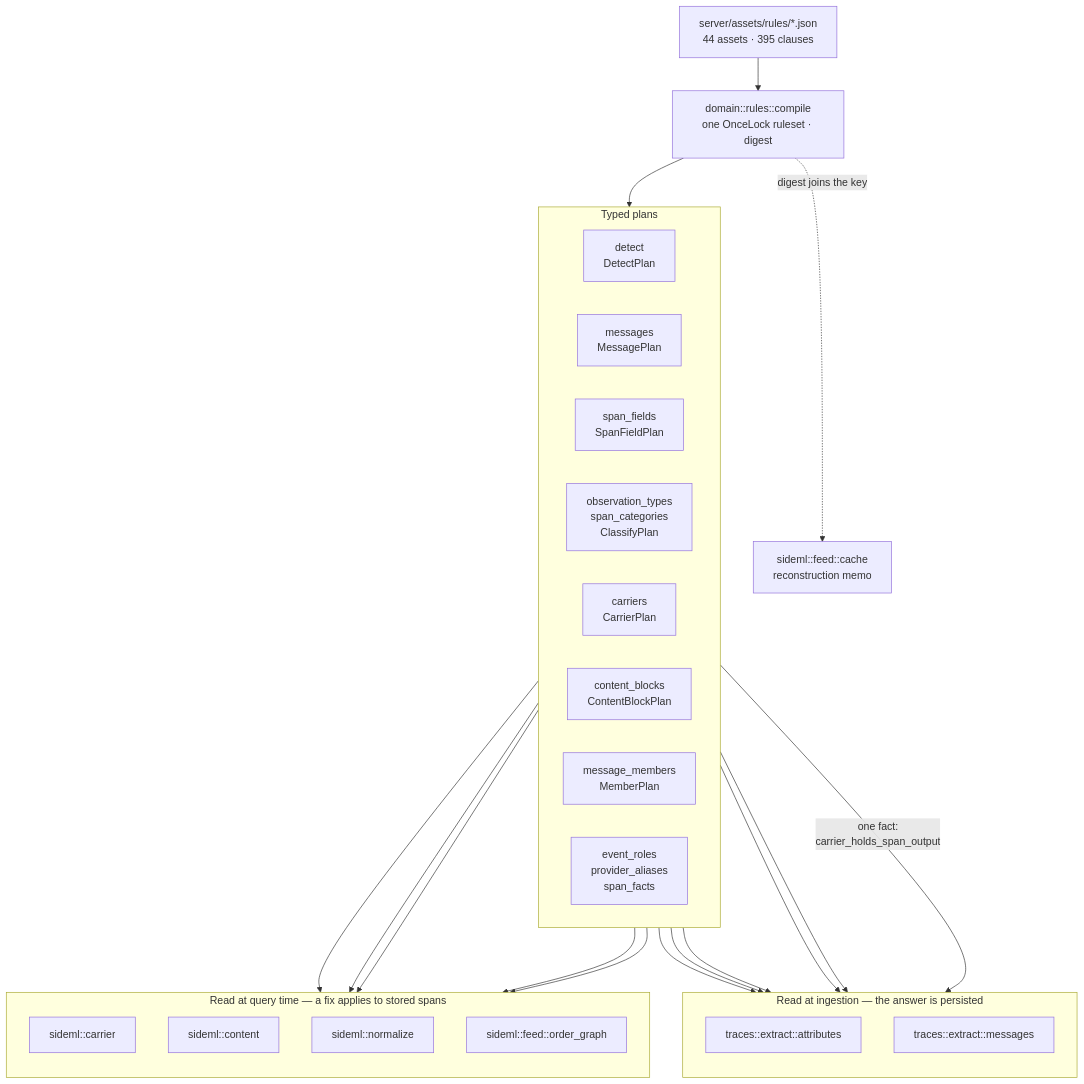
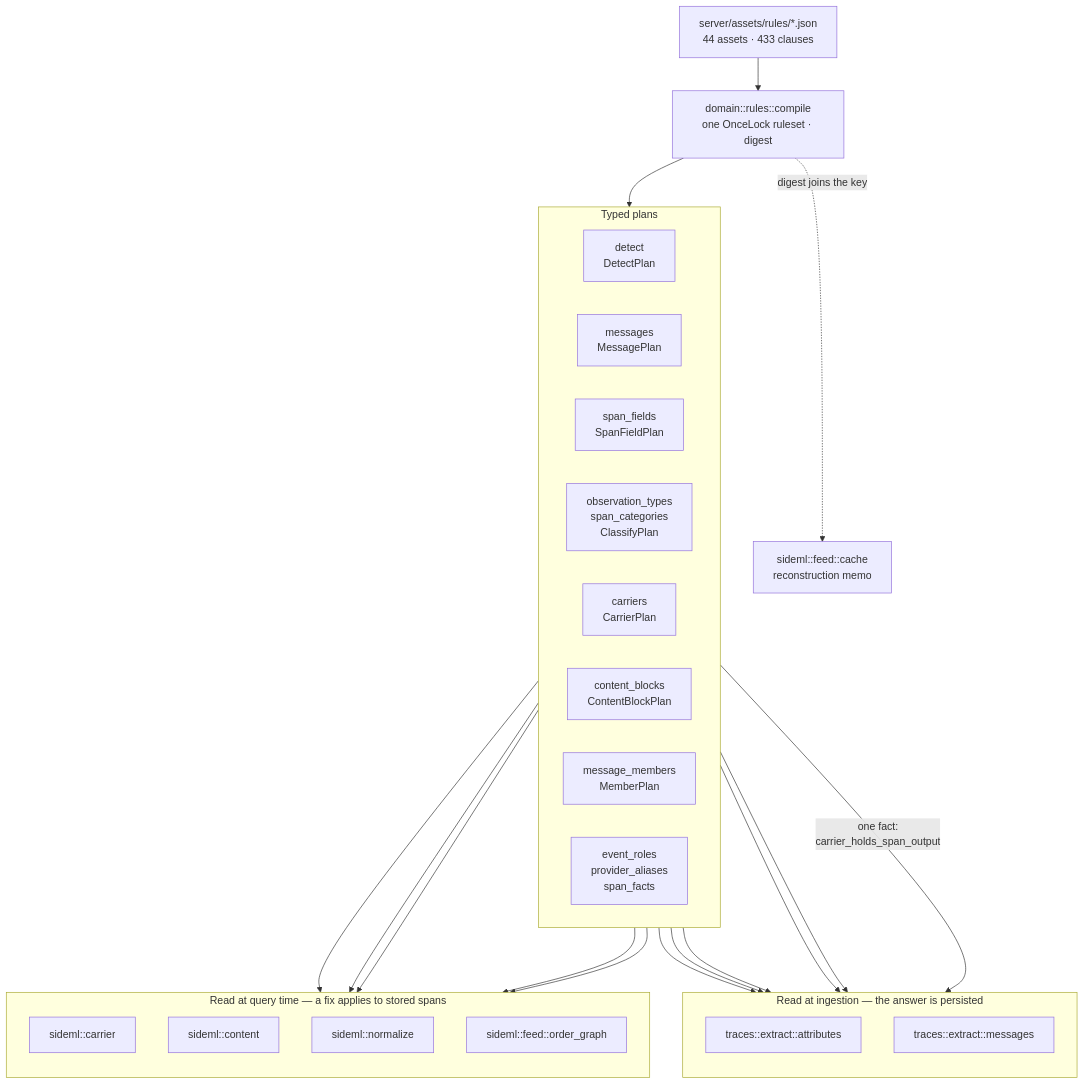
Before and after one commit to sideseat/sideseat: the first of 7 diagrams in docs/engineering/architecture-diagrams.md, drawn with Mermaid. The commit also changed other lines of this file and 16 other files, not shown here.

````diff
--- a/docs/engineering/architecture-diagrams.md
+++ b/docs/engineering/architecture-diagrams.md
@@ -18,47 +18,47 @@
 ```mermaid
 flowchart TB
-    assets["server/assets/rules/*.json<br/>44 assets · 395 clauses"]
+    assets["server/assets/rules/*.json<br/>44 assets · 433 clauses"]
     compile["domain::rules::compile<br/>one OnceLock ruleset · digest"]
     assets --> compile
 
     subgraph plans["Typed plans"]
         direction LR
         detect["detect<br/>DetectPlan"]
         messages["messages<br/>MessagePlan"]
         fields["span_fields<br/>SpanFieldPlan"]
         classify["observation_types<br/>span_categories<br/>ClassifyPlan"]
         carriers["carriers<br/>CarrierPlan"]
         blocks["content_blocks<br/>ContentBlockPlan"]
         members["message_members<br/>MemberPlan"]
         roles["event_roles<br/>provider_aliases<br/>span_facts"]
     end
     compile --> plans
 
     subgraph ingest["Read at ingestion — the answer is persisted"]
         direction TB
         attrs["traces::extract::attributes"]
         msgs["traces::extract::messages"]
     end
 
     subgraph query["Read at query time — a fix applies to stored spans"]
         direction TB
         carrier["sideml::carrier"]
         content["sideml::content"]
         normalize["sideml::normalize"]
         order["sideml::feed::order_graph"]
     end
 
     detect --> attrs
     fields --> attrs
     classify --> attrs
     roles --> attrs
     messages --> msgs
     carriers -->|"one fact:<br/>carrier_holds_span_output"| msgs
     carriers --> carrier
     carriers --> order
     blocks --> content
     members --> content
     roles --> normalize
 
     compile -. "digest joins the key" .-> cache["sideml::feed::cache<br/>reconstruction memo"]
 ```
````
